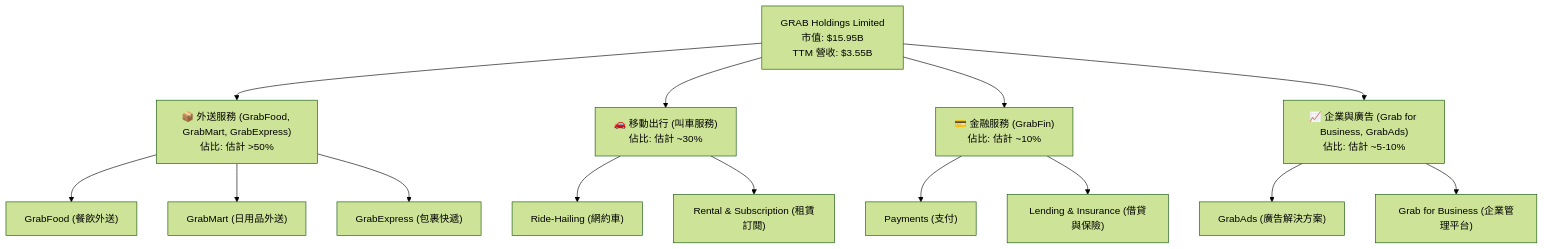
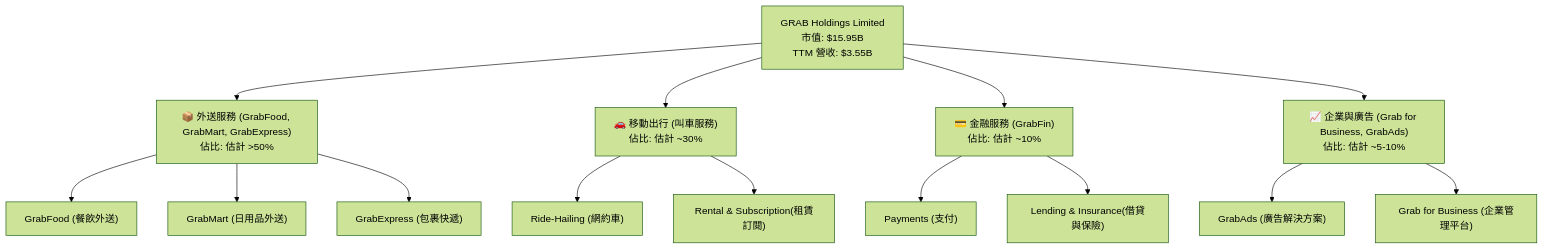
Before and after one commit to yennanliu/finance_data: the second of 15 diagrams in ai_gen_report/stock/grab/fundamental_analysis_2026-07-03_gemini.md, drawn with Mermaid (forest theme). The commit also changed other lines of this file and 2258 other files, not shown here.

First line of the commit message:
chore: backfill Mermaid syntax repair across existing reports

````diff
--- a/ai_gen_report/stock/grab/fundamental_analysis_2026-07-03_gemini.md
+++ b/ai_gen_report/stock/grab/fundamental_analysis_2026-07-03_gemini.md
@@ -130,27 +130,27 @@
 ```mermaid
 graph TD
     GRAB_OVERVIEW["GRAB Holdings Limited<br/>市值: $15.95B<br/>TTM 營收: $3.55B"]
 
     DELIVERY["📦 外送服務 (GrabFood, GrabMart, GrabExpress)<br/>佔比: 估計 >50%"]
     MOBILITY["🚗 移動出行 (叫車服務)<br/>佔比: 估計 ~30%"]
     FINTECH["💳 金融服務 (GrabFin)<br/>佔比: 估計 ~10%"]
     ENTERPRISE_ADS["📈 企業與廣告 (Grab for Business, GrabAds)<br/>佔比: 估計 ~5-10%"]
 
     GRAB_OVERVIEW --> DELIVERY
     GRAB_OVERVIEW --> MOBILITY
     GRAB_OVERVIEW --> FINTECH
     GRAB_OVERVIEW --> ENTERPRISE_ADS
 
     DELIVERY --> GF["GrabFood (餐飲外送)"]
     DELIVERY --> GM["GrabMart (日用品外送)"]
     DELIVERY --> GE["GrabExpress (包裹快遞)"]
 
     MOBILITY --> RH["Ride-Hailing (網約車)"]
-    MOBILITY --> RB["Rental & Subscription (租賃訂閱)"]
+    MOBILITY --> RB["Rental & Subscription(租賃訂閱)"]
 
     FINTECH --> PY["Payments (支付)"]
-    FINTECH --> LG["Lending & Insurance (借貸與保險)"]
+    FINTECH --> LG["Lending & Insurance(借貸與保險)"]
 
     ENTERPRISE_ADS --> GA["GrabAds (廣告解決方案)"]
     ENTERPRISE_ADS --> GB["Grab for Business (企業管理平台)"]
 ```
````
